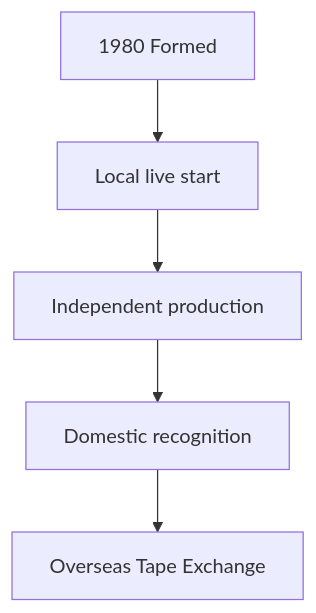
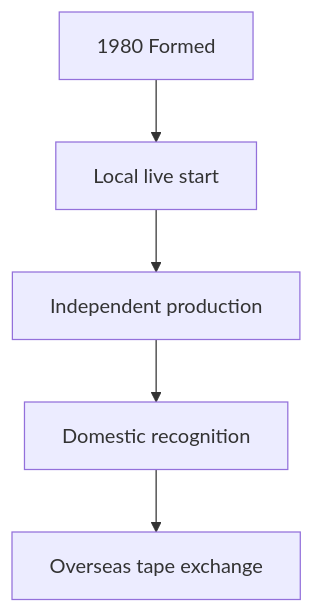
One commit to monumental-movement/monumental-movement.github.io changed the third of 13 diagrams in en/_posts/2026-07-13-column-terveet-kadet.md. Above: the diagram before and after it, drawn with Mermaid. The commit also changed other lines of this file and 851 other files, not shown here.

```diff
--- a/en/_posts/2026-07-13-column-terveet-kadet.md
+++ b/en/_posts/2026-07-13-column-terveet-kadet.md
@@ -163,14 +163,14 @@
 <div class="mermaid">
 graph TD
 A["1980 Formed"]
 B["Local live start"]
 C["Independent production"]
 D["Domestic recognition"]
-E["Overseas Tape Exchange"]
+E["Overseas tape exchange"]
 
 A --> B
 B --> C
 C --> D
 D --> E
 
 </div>
```
